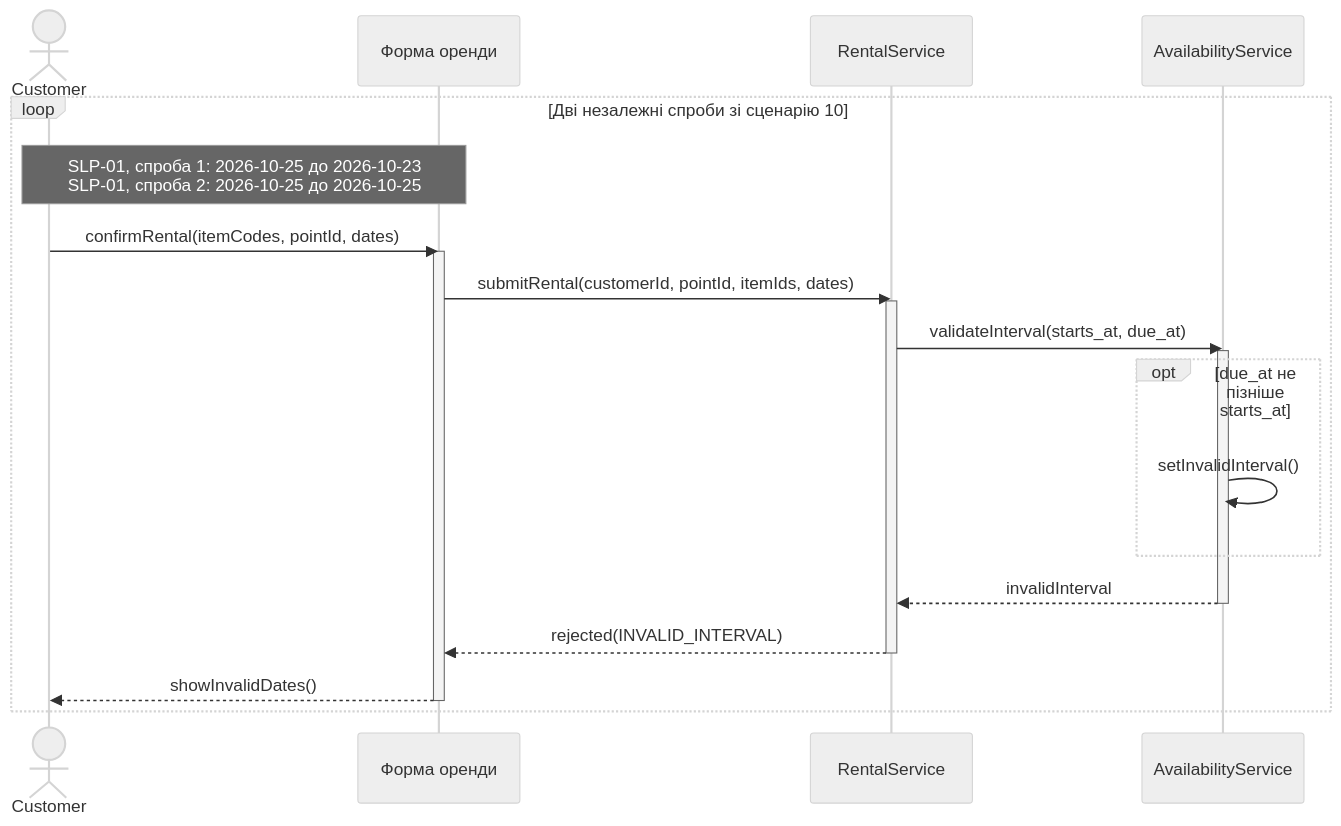
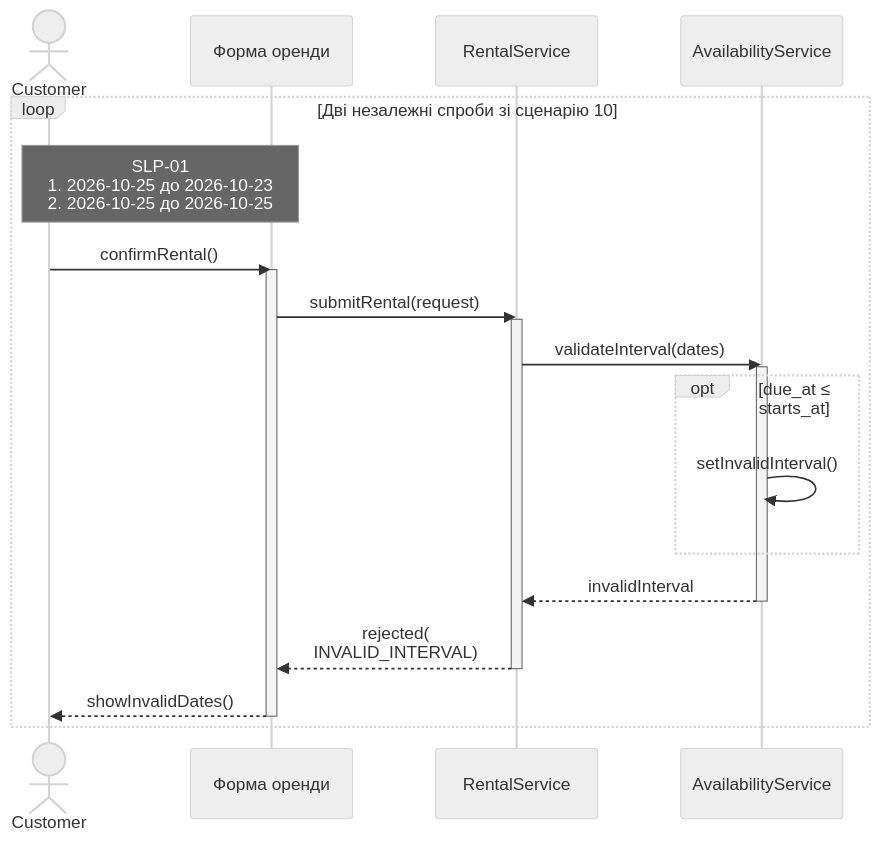
The fifth of 6 diagrams in Labs/lab-3/model.md (kirgafan/KPI_labs), drawn with Mermaid (neutral theme) before and after one commit. The commit also changed other lines of this file and 2 other files, not shown here.

Commit message:
refactor(lab-3): shorten sequence labels and clarify render criteria

````diff
--- a/Labs/lab-3/model.md
+++ b/Labs/lab-3/model.md
@@ -210,25 +210,25 @@
 ```mermaid
 sequenceDiagram
     actor C as Customer
     participant U as Форма оренди
     participant R as RentalService
     participant A as AvailabilityService
     loop Дві незалежні спроби зі сценарію 10
-        Note over C,U: SLP-01, спроба 1: 2026-10-25 до 2026-10-23<br/>SLP-01, спроба 2: 2026-10-25 до 2026-10-25
-        C->>U: confirmRental(itemCodes, pointId, dates)
+        Note over C,U: SLP-01<br/>1. 2026-10-25 до 2026-10-23<br/>2. 2026-10-25 до 2026-10-25
+        C->>U: confirmRental()
         activate U
-        U->>R: submitRental(customerId, pointId, itemIds, dates)
+        U->>R: submitRental(request)
         activate R
-        R->>A: validateInterval(starts_at, due_at)
+        R->>A: validateInterval(dates)
         activate A
-        opt due_at не пізніше starts_at
+        opt due_at ≤ starts_at
             A->>A: setInvalidInterval()
         end
         A-->>R: invalidInterval
         deactivate A
-        R-->>U: rejected(INVALID_INTERVAL)
+        R-->>U: rejected(<br/>INVALID_INTERVAL)
         deactivate R
         U-->>C: showInvalidDates()
         deactivate U
     end
 ```
````
